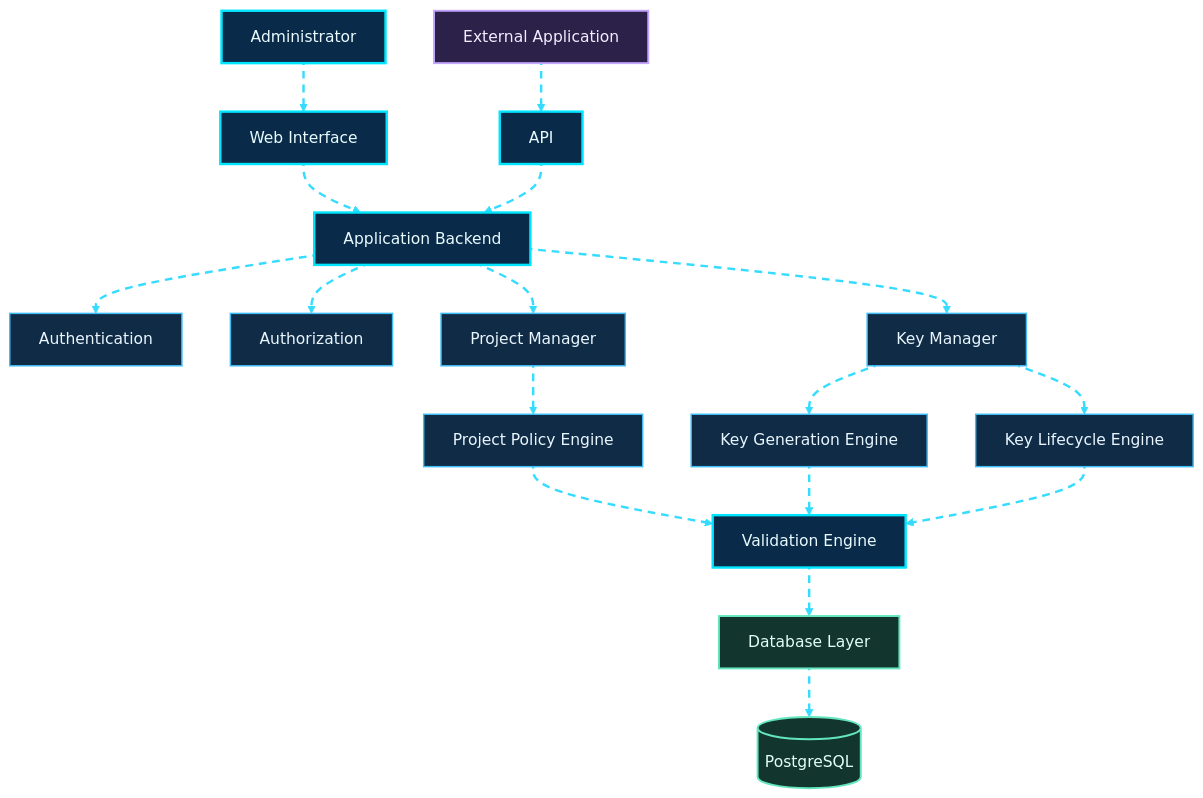
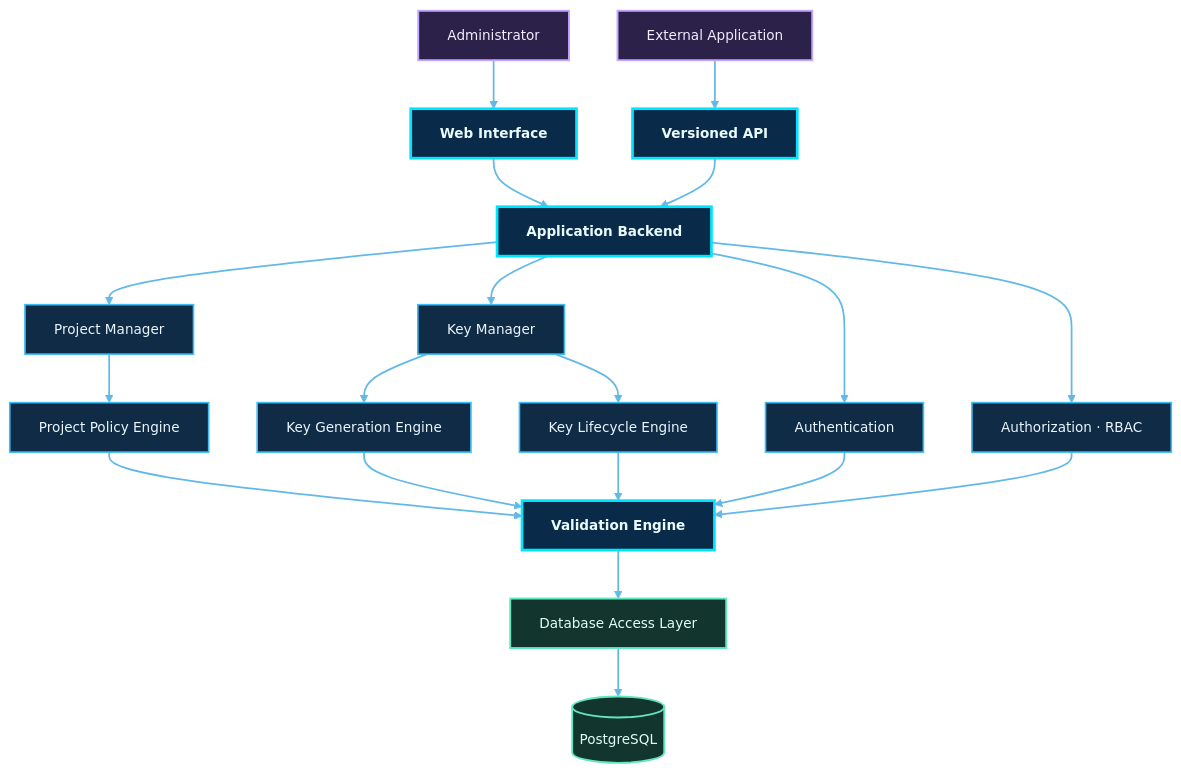
The fourth of 23 diagrams in README.md (shajeduzzamanenan992008inc/NexOra-Database-key-Gen), drawn with Mermaid before and after one commit. The commit also changed other lines of this file, not shown here.

````diff
--- a/README.md
+++ b/README.md
@@ -536,44 +532,43 @@
 ```mermaid
-%%{init: {"theme":"base","themeVariables":{"darkMode":true,"background":"#07111f","primaryColor":"#102744","primaryTextColor":"#e8f7ff","primaryBorderColor":"#00d9ff","lineColor":"#7297c8","secondaryColor":"#261d45","secondaryTextColor":"#f3eaff","secondaryBorderColor":"#a78bfa","tertiaryColor":"#12332b","tertiaryTextColor":"#e0fff1","tertiaryBorderColor":"#41e6a2","fontFamily":"Inter, Segoe UI, sans-serif","edgeLabelBackground":"#101d34","mainBkg":"#102744","nodeBorder":"#00d9ff","clusterBkg":"#0b1930","clusterBorder":"#6f7dff","actorBkg":"#102744","actorBorder":"#00d9ff","actorTextColor":"#e8f7ff","signalColor":"#64d8ff","signalTextColor":"#e8f7ff","noteBkgColor":"#0e332b","noteBorderColor":"#41e6a2","noteTextColor":"#e0fff1"}}}%%
-flowchart TD
-    A["Administrator"] nx04e01@--> B["Web Interface"]
-    B nx04e02@--> C["Application Backend"]
+%%{init: {"theme":"base","themeVariables":{"darkMode":true,"background":"#07111f","primaryColor":"#102744","primaryTextColor":"#e8f7ff","primaryBorderColor":"#00d9ff","lineColor":"#62b9e8","secondaryColor":"#261d45","secondaryTextColor":"#f3eaff","secondaryBorderColor":"#a78bfa","tertiaryColor":"#12332b","tertiaryTextColor":"#e0fff1","tertiaryBorderColor":"#41e6a2","fontFamily":"Inter, Segoe UI, sans-serif","fontSize":"14px","edgeLabelBackground":"#101d34","mainBkg":"#102744","nodeBorder":"#00d9ff","clusterBkg":"#0b1930","clusterBorder":"#6f7dff","actorBkg":"#102744","actorBorder":"#00d9ff","actorTextColor":"#e8f7ff","signalColor":"#64d8ff","signalTextColor":"#e8f7ff","noteBkgColor":"#0e332b","noteBorderColor":"#41e6a2","noteTextColor":"#e0fff1"}}}%%
+flowchart TB
+    ADMIN["Administrator"] --> UI["Web Interface"]
+    UI --> APP["Application Backend"]
+    EXT["External Application"] --> API["Versioned API"]
+    API --> APP
 
-    C nx04e03@--> D["Authentication"]
-    C nx04e04@--> E["Authorization"]
-    C nx04e05@--> F["Project Manager"]
-    C nx04e06@--> G["Key Manager"]
+    APP --> AUTH["Authentication"]
+    APP --> RBAC["Authorization · RBAC"]
+    APP --> PM["Project Manager"]
+    APP --> KM["Key Manager"]
 
-    F nx04e07@--> H["Project Policy Engine"]
-    G nx04e08@--> I["Key Generation Engine"]
-    G nx04e09@--> J["Key Lifecycle Engine"]
+    PM --> PP["Project Policy Engine"]
+    KM --> KG["Key Generation Engine"]
+    KM --> KL["Key Lifecycle Engine"]
 
-    H nx04e10@--> K["Validation Engine"]
-    I nx04e11@--> K
-    J nx04e12@--> K
+    PP --> VALID["Validation Engine"]
+    KG --> VALID
+    KL --> VALID
+    AUTH --> VALID
+    RBAC --> VALID
 
-    K nx04e13@--> L["Database Layer"]
-    L nx04e14@--> O[("PostgreSQL")]
+    VALID --> DAL["Database Access Layer"]
+    DAL --> DB[("PostgreSQL")]
 
-    M["External Application"] nx04e15@--> N["API"]
-    N nx04e16@--> C
 
-    %% OMEGA NEX-ORA visual classes
-    %% OMEGA NEX-ORA / ULTRA NEON PALETTE
-    classDef nxCore fill:#092b49,stroke:#00e5ff,stroke-width:2.5px,color:#e9fbff;
-    classDef nxProcess fill:#102b45,stroke:#3dbcf5,stroke-width:1.5px,color:#e9f6ff;
-    classDef nxDecision fill:#2b2050,stroke:#b38cff,stroke-width:2px,color:#f3edff;
-    classDef nxSuccess fill:#0d3b2c,stroke:#3fffa0,stroke-width:2px,color:#e0fff0;
-    classDef nxDanger fill:#451d30,stroke:#ff6688,stroke-width:2px,color:#fff0f3;
+    %% OMEGA NEX-ORA · ULTRA NEON DESIGN SYSTEM
+    classDef nxCore fill:#092b49,stroke:#00e5ff,stroke-width:2.8px,color:#e9fbff,font-weight:bold;
+    classDef nxProcess fill:#102b45,stroke:#3dbcf5,stroke-width:1.7px,color:#e9f6ff;
+    classDef nxDecision fill:#2b2050,stroke:#b38cff,stroke-width:2.2px,color:#f3edff,font-weight:bold;
+    classDef nxSuccess fill:#0d3b2c,stroke:#3fffa0,stroke-width:2.2px,color:#e0fff0,font-weight:bold;
+    classDef nxDanger fill:#451d30,stroke:#ff6688,stroke-width:2.2px,color:#fff0f3,font-weight:bold;
     classDef nxData fill:#12352d,stroke:#63e6be,stroke-width:2px,color:#e1fff5;
     classDef nxExternal fill:#2b2149,stroke:#c4a5ff,stroke-width:2px,color:#f3ecff;
     classDef nxInfo fill:#17253e,stroke:#91a7c9,stroke-width:1.5px,color:#e5efff;
     classDef nxWarning fill:#453116,stroke:#fbbf24,stroke-width:2px,color:#fff6d6;
-    %% Moving dashed route: Mermaid applies this class to explicitly identified edges.
-    classDef nxAnimated stroke:#35dcff,stroke-width:2.5px,stroke-dasharray:8\,6,stroke-dashoffset:1000,animation:dash 24s linear infinite;
-    class A,B,C,K,N nxCore;
-    class D,E,F,G,H,I,J nxProcess;
-    class L,O nxData;
-    class M nxExternal;
-    class nx04e01,nx04e02,nx04e03,nx04e04,nx04e05,nx04e06,nx04e07,nx04e08,nx04e09,nx04e10,nx04e11,nx04e12,nx04e13,nx04e14,nx04e15,nx04e16 nxAnimated;
+    linkStyle default stroke:#62b9e8,stroke-width:1.8px;
+    class ADMIN,EXT nxExternal;
+    class UI,APP,API,VALID nxCore;
+    class AUTH,RBAC,PM,KM,PP,KG,KL nxProcess;
+    class DAL,DB nxData;
 ```
````
